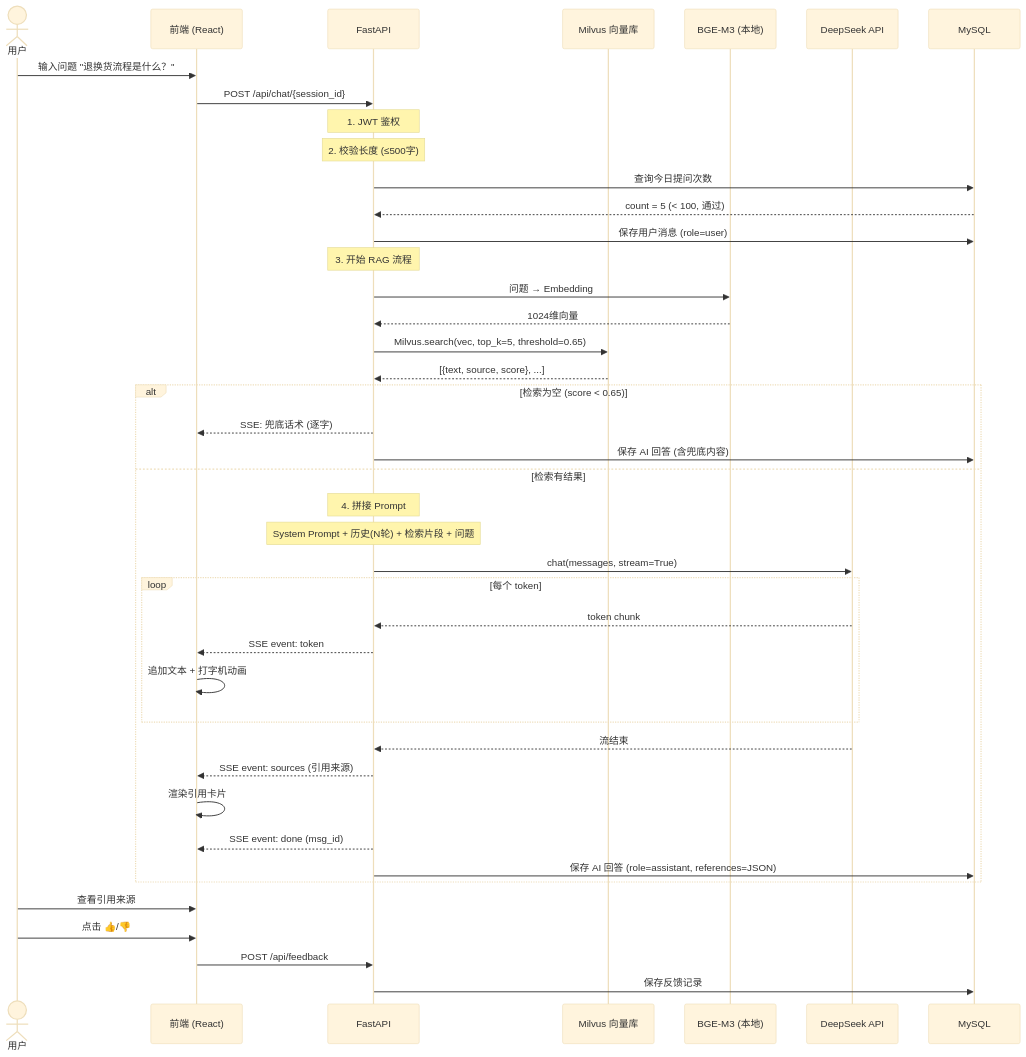
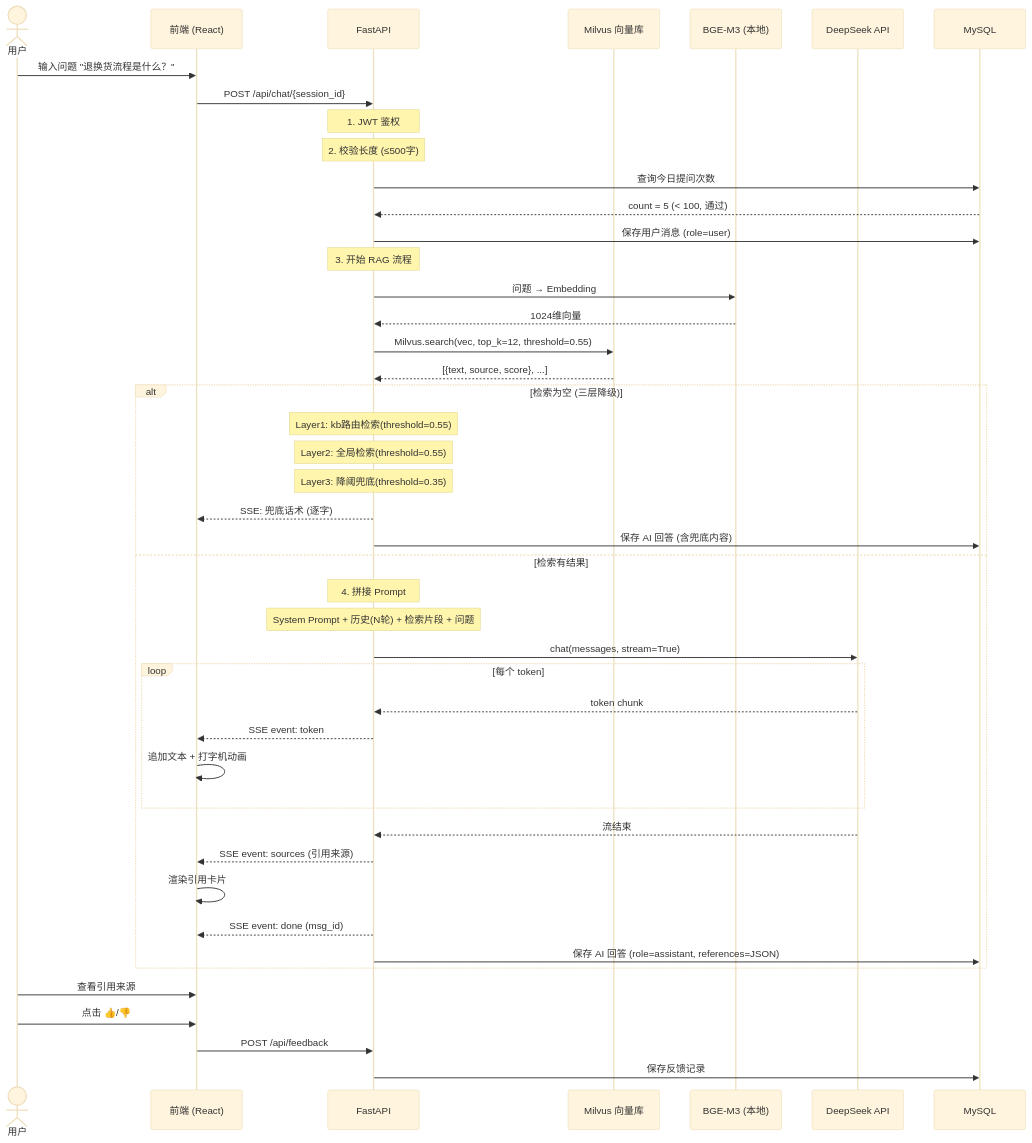
The first of 6 diagrams in docs/业务流程说明.md (HeShen-1/ICS), drawn with Mermaid (base theme) before and after one commit. The commit also changed 5 other files, not shown here.

````diff
--- a/docs/业务流程说明.md
+++ b/docs/业务流程说明.md
@@ -9,54 +9,57 @@
 ```mermaid
 sequenceDiagram
     actor User as 用户
     participant Web as 前端 (React)
     participant API as FastAPI
     participant VS as Milvus 向量库
     participant BGE as BGE-M3 (本地)
     participant LLM as DeepSeek API
     participant DB as MySQL
 
     User->>Web: 输入问题 "退换货流程是什么？"
     Web->>API: POST /api/chat/{session_id}
 
     Note over API: 1. JWT 鉴权
     Note over API: 2. 校验长度 (≤500字)
     API->>DB: 查询今日提问次数
     DB-->>API: count = 5 (< 100, 通过)
 
     API->>DB: 保存用户消息 (role=user)
     Note over API: 3. 开始 RAG 流程
 
     API->>BGE: 问题 → Embedding
     BGE-->>API: 1024维向量
 
-    API->>VS: Milvus.search(vec, top_k=5, threshold=0.65)
+    API->>VS: Milvus.search(vec, top_k=12, threshold=0.55)
     VS-->>API: [{text, source, score}, ...]
 
-    alt 检索为空 (score < 0.65)
+    alt 检索为空 (三层降级)
+        Note over API: Layer1: kb路由检索(threshold=0.55)
+        Note over API: Layer2: 全局检索(threshold=0.55)
+        Note over API: Layer3: 降阈兜底(threshold=0.35)
         API-->>Web: SSE: 兜底话术 (逐字)
         API->>DB: 保存 AI 回答 (含兜底内容)
     else 检索有结果
         Note over API: 4. 拼接 Prompt
         Note over API: System Prompt + 历史(N轮) + 检索片段 + 问题
 
         API->>LLM: chat(messages, stream=True)
         loop 每个 token
             LLM-->>API: token chunk
             API-->>Web: SSE event: token
             Web->>Web: 追加文本 + 打字机动画
         end
 
         LLM-->>API: 流结束
         API-->>Web: SSE event: sources (引用来源)
         Web->>Web: 渲染引用卡片
 
         API-->>Web: SSE event: done (msg_id)
         API->>DB: 保存 AI 回答 (role=assistant, references=JSON)
     end
 
     User->>Web: 查看引用来源
     User->>Web: 点击 👍/👎
     Web->>API: POST /api/feedback
     API->>DB: 保存反馈记录
 ```
````
